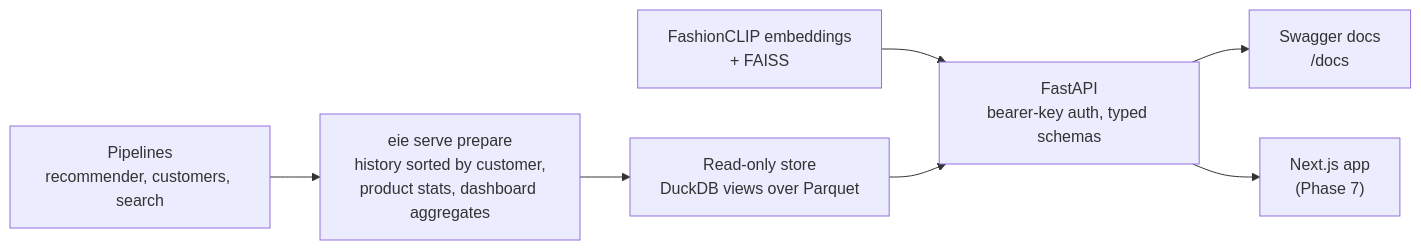
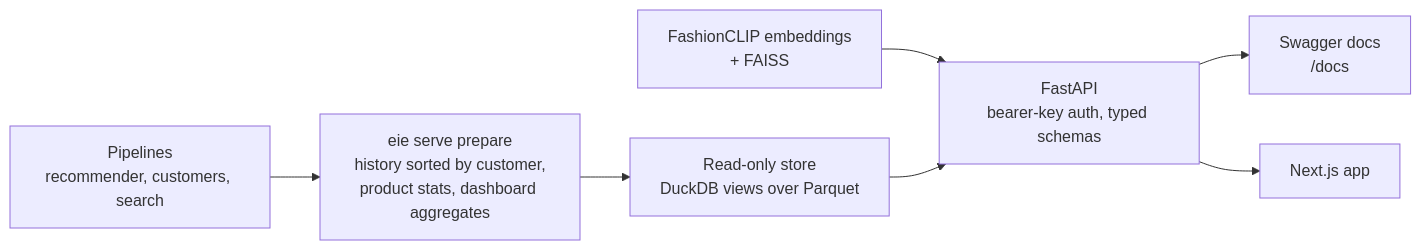
Before and after one commit to mehulp007/ECommerce-Intelligence-Engine: the fourth of 6 diagrams in README.md, drawn with Mermaid. The commit also changed other lines of this file and 51 other files, not shown here.

First line of the commit message:
Add a Next.js web app for analytics, customers, products and the copilot (phase 7)

````diff
--- a/README.md
+++ b/README.md
@@ -270,9 +270,9 @@
 ```mermaid
 flowchart LR
     P["Pipelines<br/>recommender, customers, search"] --> SB["eie serve prepare<br/>history sorted by customer,<br/>product stats, dashboard aggregates"]
     SB --> ST["Read-only store<br/>DuckDB views over Parquet"]
     E["FashionCLIP embeddings<br/>+ FAISS"] --> API
     ST --> API["FastAPI<br/>bearer-key auth, typed schemas"]
     API --> D["Swagger docs<br/>/docs"]
-    API --> W["Next.js app<br/>(Phase 7)"]
+    API --> W["Next.js app"]
 ```
````
